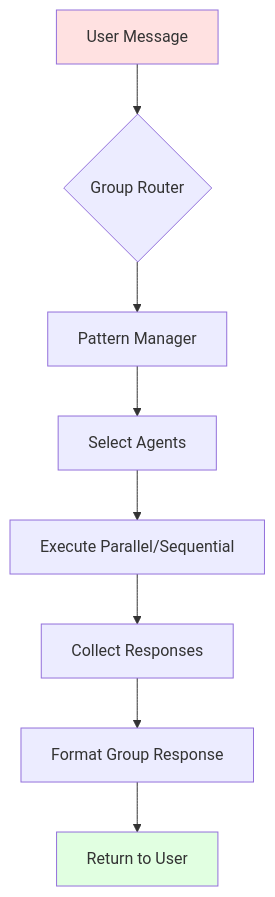
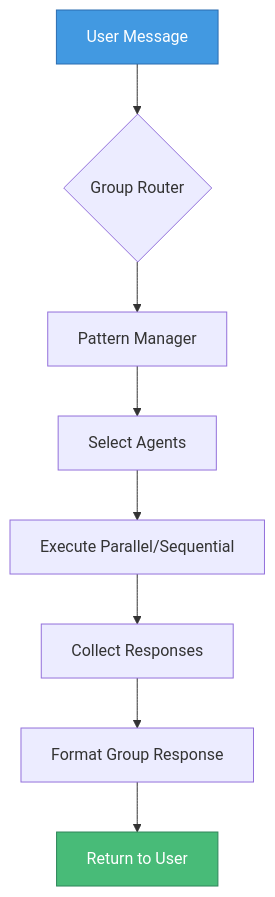
The seventh of 7 diagrams in docs/group-coordination-guide.md (scarnecchia/numina), drawn with Mermaid before and after one commit. The commit also changed other lines of this file and 1 other file, not shown here.

Commit message:
diagram fixes

````diff
--- a/docs/group-coordination-guide.md
+++ b/docs/group-coordination-guide.md
@@ -261,13 +261,13 @@
 ```mermaid
 graph TB
     U[User Message] --> G{Group Router}
     G --> P[Pattern Manager]
     P --> S[Select Agents]
     S --> E[Execute Parallel/Sequential]
     E --> C[Collect Responses]
     C --> F[Format Group Response]
     F --> R[Return to User]
     
-    style U fill:#ffe1e1
-    style R fill:#e1ffe1
+    style U fill:#4299e1,stroke:#2b6cb0,color:#fff
+    style R fill:#48bb78,stroke:#2f855a,color:#fff
 ```
````
